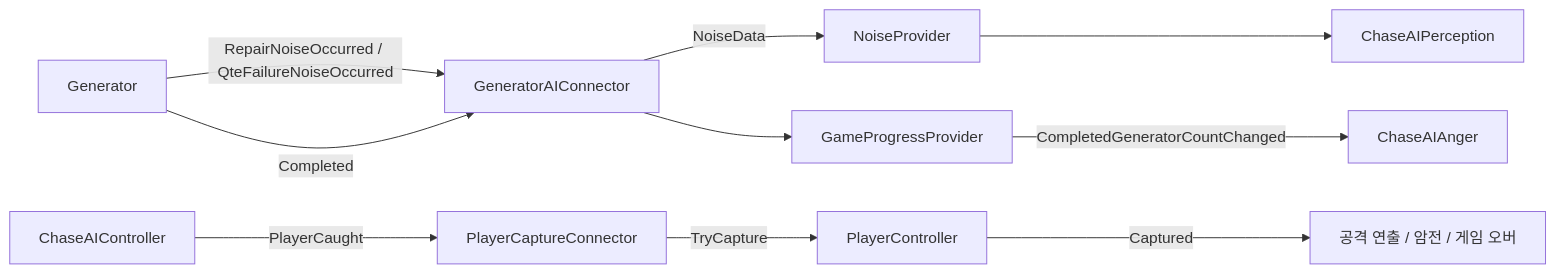
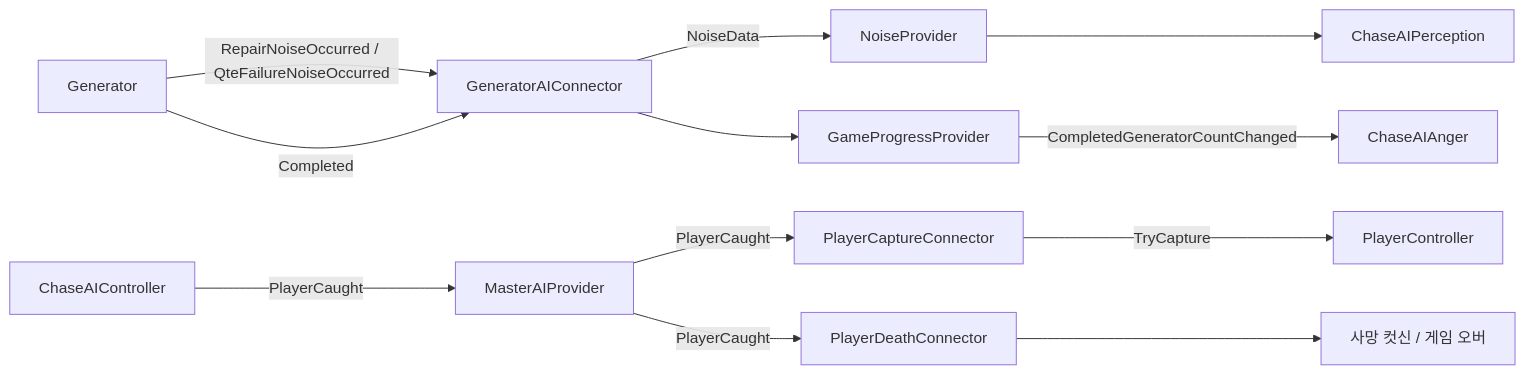
The diagram in Assets/02_Prototype/HG/AI_GENERATOR_PLAYER_INTEGRATION.md (IIBluEll/Project_Hide-Seek), drawn with Mermaid before and after one commit. The commit also changed other lines of this file and 6 other files, not shown here.

````diff
--- a/Assets/02_Prototype/HG/AI_GENERATOR_PLAYER_INTEGRATION.md
+++ b/Assets/02_Prototype/HG/AI_GENERATOR_PLAYER_INTEGRATION.md
@@ -83,14 +85,16 @@
 ```mermaid
 flowchart LR
     G["Generator"] -->|"RepairNoiseOccurred / QteFailureNoiseOccurred"| GI["GeneratorAIConnector"]
     GI -->|"NoiseData"| NP["NoiseProvider"]
     NP --> CP["ChaseAIPerception"]
 
     G -->|"Completed"| GI
     GI --> GP["GameProgressProvider"]
     GP -->|"CompletedGeneratorCountChanged"| CA["ChaseAIAnger"]
 
-    AI["ChaseAIController"] -->|"PlayerCaught"| PC["PlayerCaptureConnector"]
+    AI["ChaseAIController"] -->|"PlayerCaught"| MA["MasterAIProvider"]
+    MA -->|"PlayerCaught"| PC["PlayerCaptureConnector"]
+    MA -->|"PlayerCaught"| DC["PlayerDeathConnector"]
     PC -->|"TryCapture"| P["PlayerController"]
-    P -->|"Captured"| GF["공격 연출 / 암전 / 게임 오버"]
+    DC --> GF["사망 컷신 / 게임 오버"]
 ```
````
